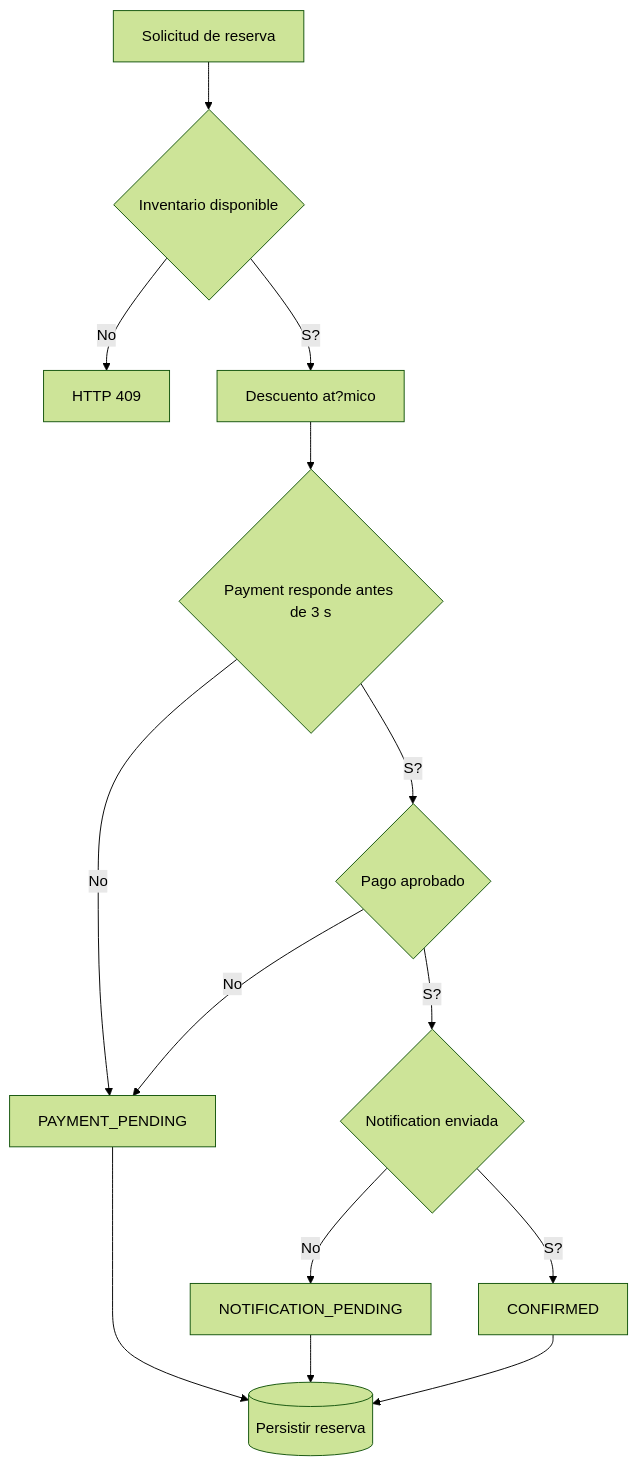
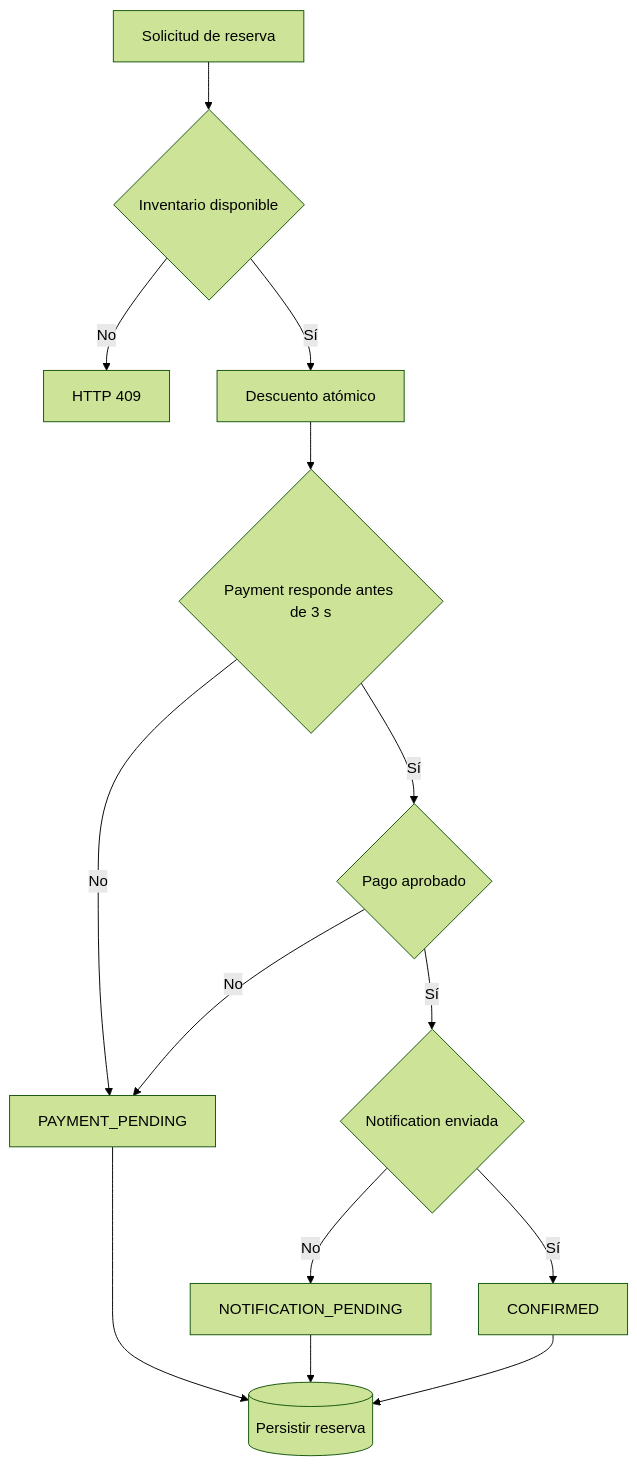
The third of 3 diagrams in docs/ARQUITECTURA.md (UPSGabriel/ticket-reservation-system), drawn with Mermaid (forest theme) before and after one commit. The commit also changed other lines of this file and 6 other files, not shown here.

````diff
--- a/docs/ARQUITECTURA.md
+++ b/docs/ARQUITECTURA.md
@@ -72,16 +72,16 @@
 ```mermaid
 flowchart TD
     A[Solicitud de reserva] --> B{Inventario disponible}
     B -- No --> C[HTTP 409]
-    B -- S? --> D[Descuento at?mico]
+    B -- Sí --> D[Descuento atómico]
     D --> E{Payment responde antes de 3 s}
     E -- No --> F[PAYMENT_PENDING]
-    E -- S? --> G{Pago aprobado}
+    E -- Sí --> G{Pago aprobado}
     G -- No --> F
-    G -- S? --> H{Notification enviada}
+    G -- Sí --> H{Notification enviada}
     H -- No --> I[NOTIFICATION_PENDING]
-    H -- S? --> J[CONFIRMED]
+    H -- Sí --> J[CONFIRMED]
     F --> K[(Persistir reserva)]
     I --> K
     J --> K
 ```
````
